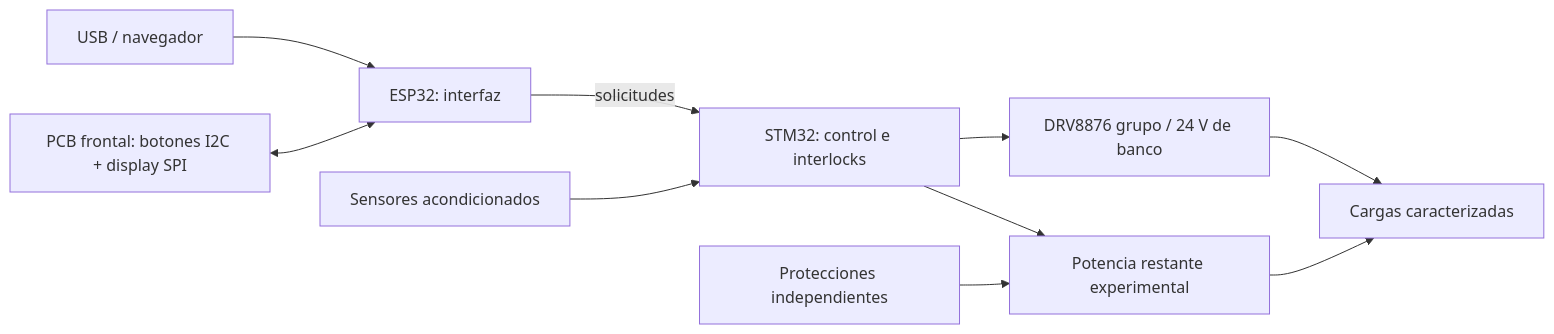
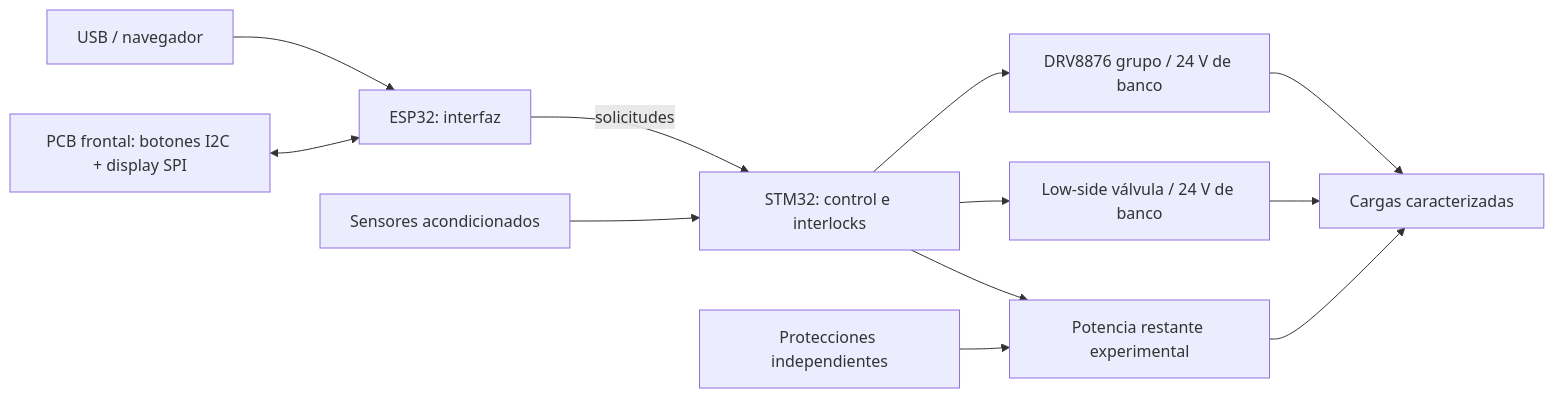
One commit to itorralbo/open-saeco-controller changed the diagram in docs/architecture.md. Above: the diagram before and after it, drawn with Mermaid. The commit also changed other lines of this file and 26 other files, not shown here.

````diff
--- a/docs/architecture.md
+++ b/docs/architecture.md
@@ -24,12 +25,14 @@
 ```mermaid
 flowchart LR
     U[USB / navegador] --> E[ESP32: interfaz]
     F[PCB frontal: botones I2C + display SPI] <--> E
     E -->|solicitudes| S[STM32: control e interlocks]
     I[Sensores acondicionados] --> S
     S --> G[DRV8876 grupo / 24 V de banco]
+    S --> V[Low-side válvula / 24 V de banco]
     S --> P[Potencia restante experimental]
     G --> C[Cargas caracterizadas]
+    V --> C
     P --> C[Cargas caracterizadas]
     H[Protecciones independientes] --> P
 ```
````
